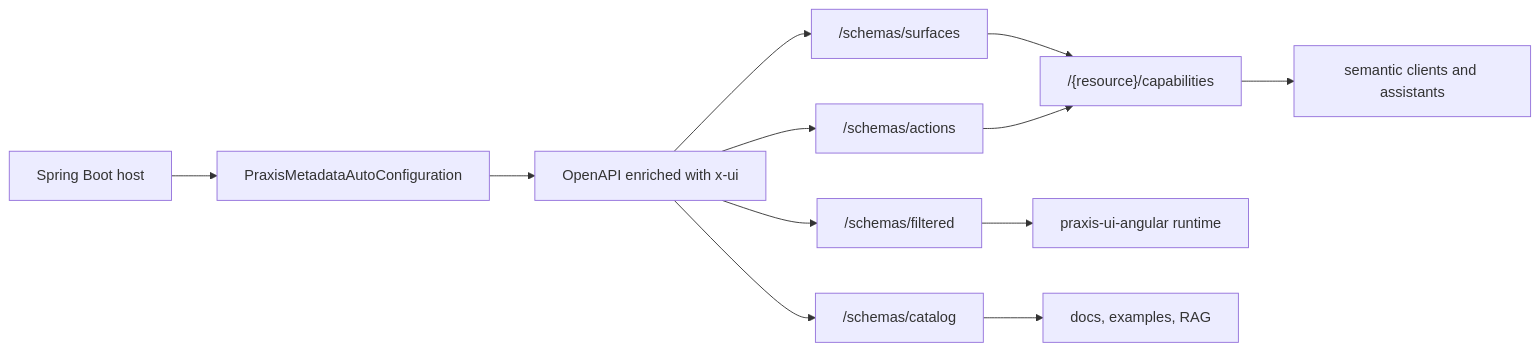
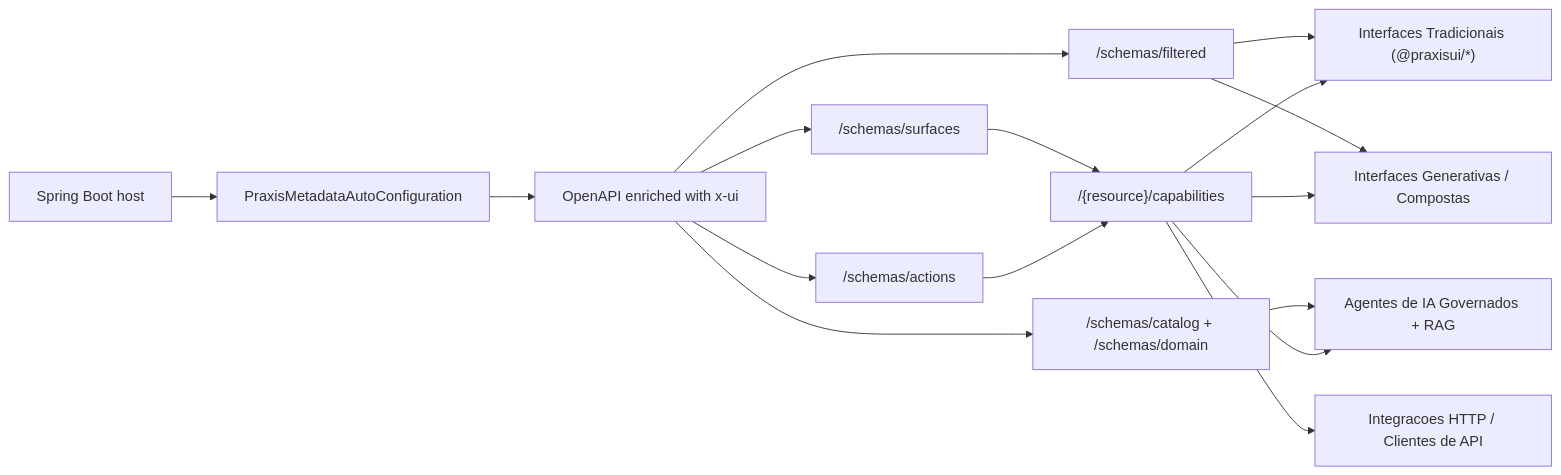
One commit to codexrodrigues/praxis-metadata-starter changed the first of 3 diagrams in docs/architecture-overview.md. Above: the diagram before and after it, drawn with Mermaid. The commit also changed other lines of this file and 18 other files, not shown here.

Commit message:
docs(positioning): reposition Praxis as semantic AI-native enterprise platform

````diff
--- a/docs/architecture-overview.md
+++ b/docs/architecture-overview.md
@@ -16,14 +23,18 @@
 ```mermaid
 flowchart LR
     host["Spring Boot host"] --> auto["PraxisMetadataAutoConfiguration"]
     auto --> openapi["OpenAPI enriched with x-ui"]
     openapi --> filtered["/schemas/filtered"]
-    openapi --> catalog["/schemas/catalog"]
+    openapi --> catalog["/schemas/catalog + /schemas/domain"]
     openapi --> surfaces["/schemas/surfaces"]
     openapi --> actions["/schemas/actions"]
     surfaces --> caps["/{resource}/capabilities"]
     actions --> caps
-    filtered --> runtime["praxis-ui-angular runtime"]
-    catalog --> docs["docs, examples, RAG"]
-    caps --> semantic["semantic clients and assistants"]
+    filtered --> uiTrad["Interfaces Tradicionais (@praxisui/*)"]
+    filtered --> uiGen["Interfaces Generativas / Compostas"]
+    catalog --> agents["Agentes de IA Governados + RAG"]
+    caps --> uiTrad
+    caps --> uiGen
+    caps --> agents
+    caps --> http["Integracoes HTTP / Clientes de API"]
 ```
````
